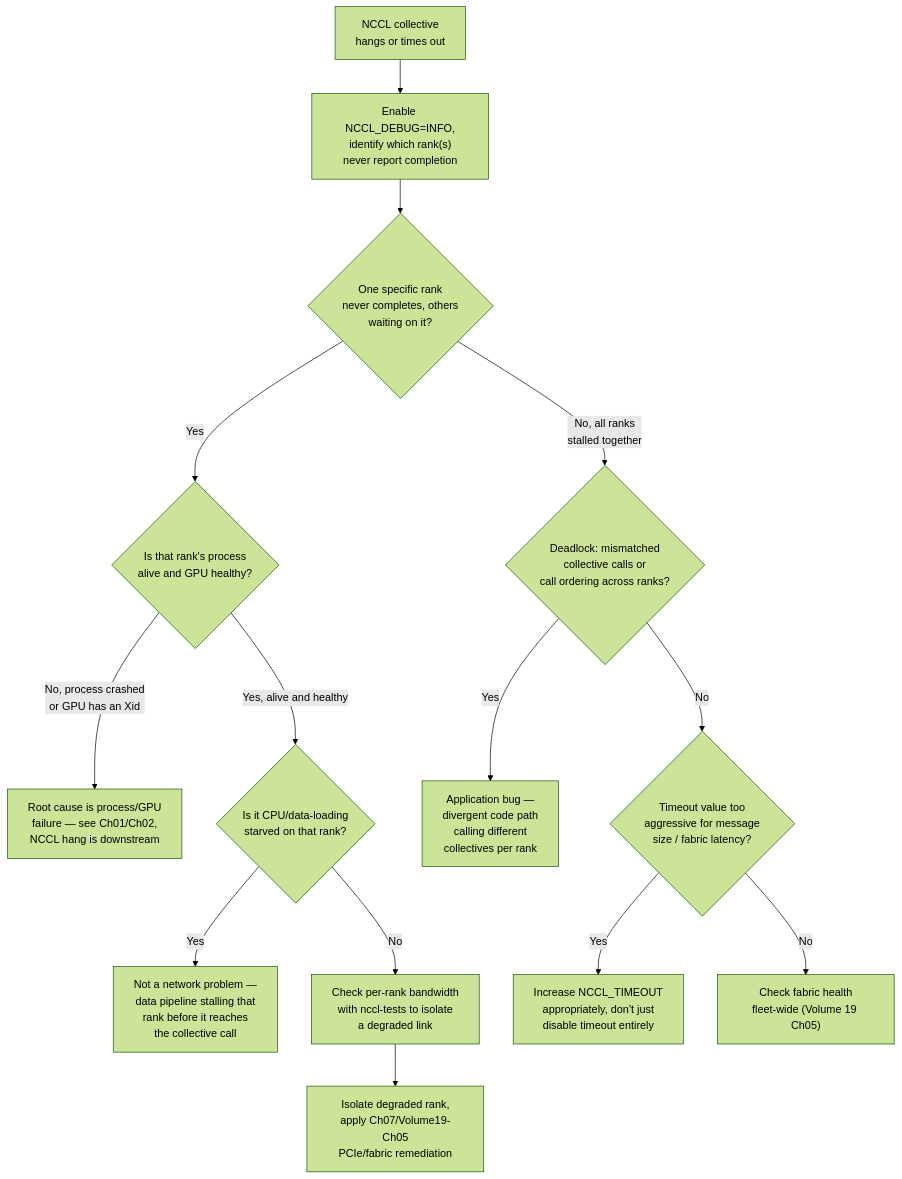
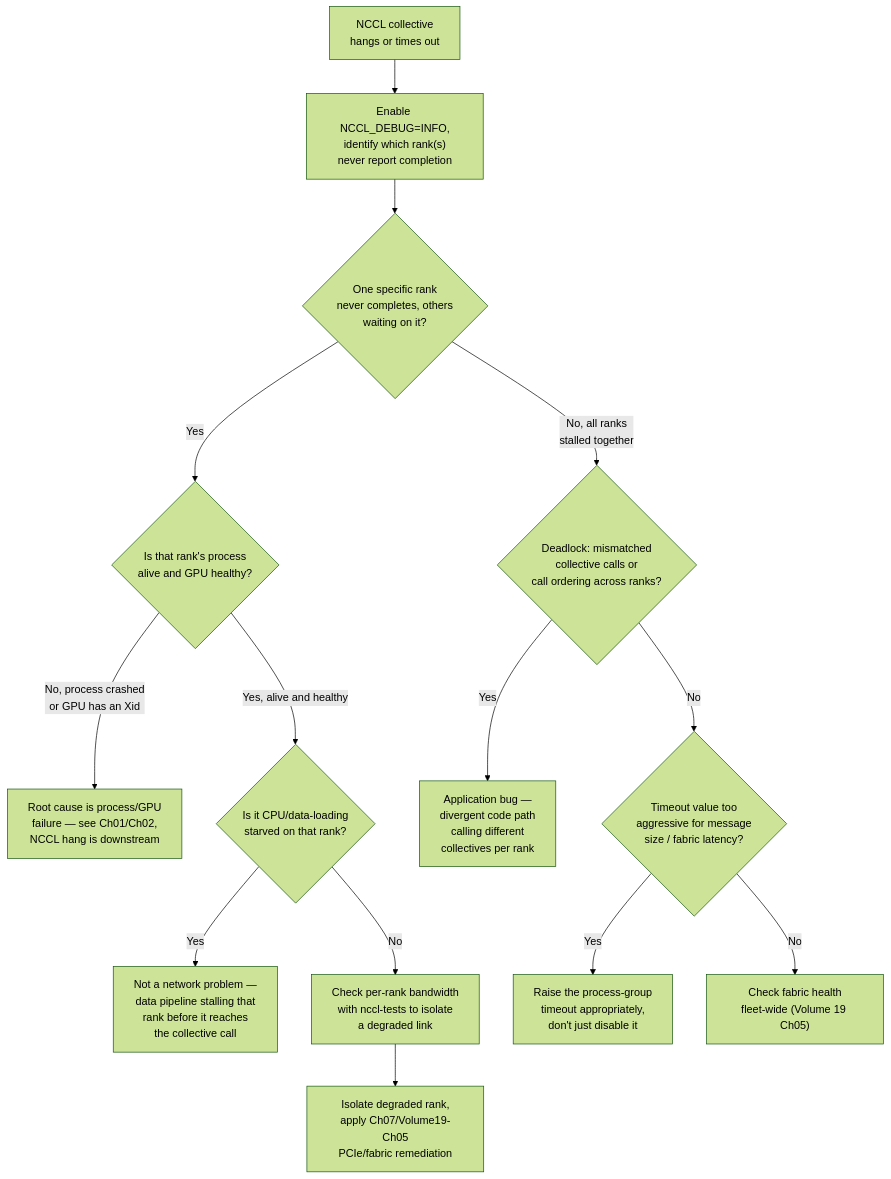
One commit to jithinpnjm/nvidia-devops changed the first of 2 diagrams in docs/nvidia-zero-to-hero/volume-20/chapter-03-nccl-timeout-and-collective-communication-failures.md. Above: the diagram before and after it, drawn with Mermaid (forest theme). The commit also changed other lines of this file and 46 other files, not shown here.

````diff
--- a/docs/nvidia-zero-to-hero/volume-20/chapter-03-nccl-timeout-and-collective-communication-failures.md
+++ b/docs/nvidia-zero-to-hero/volume-20/chapter-03-nccl-timeout-and-collective-communication-failures.md
@@ -48,16 +48,16 @@
 ```mermaid
 flowchart TD
     A["NCCL collective<br/>hangs or times out"] --> B["Enable NCCL_DEBUG=INFO,<br/>identify which rank(s)<br/>never report completion"]
     B --> C{"One specific rank<br/>never completes, others<br/>waiting on it?"}
     C -->|Yes| D{"Is that rank's process<br/>alive and GPU healthy?"}
     D -->|No, process crashed<br/>or GPU has an Xid| E["Root cause is process/GPU<br/>failure — see Ch01/Ch02,<br/>NCCL hang is downstream"]
     D -->|Yes, alive and healthy| F{"Is it CPU/data-loading<br/>starved on that rank?"}
     F -->|Yes| G["Not a network problem —<br/>data pipeline stalling that<br/>rank before it reaches<br/>the collective call"]
     F -->|No| H["Check per-rank bandwidth<br/>with nccl-tests to isolate<br/>a degraded link"]
     C -->|No, all ranks<br/>stalled together| I{"Deadlock: mismatched<br/>collective calls or<br/>call ordering across ranks?"}
     I -->|Yes| J["Application bug —<br/>divergent code path<br/>calling different<br/>collectives per rank"]
     I -->|No| K{"Timeout value too<br/>aggressive for message<br/>size / fabric latency?"}
-    K -->|Yes| L["Increase NCCL_TIMEOUT<br/>appropriately, don't just<br/>disable timeout entirely"]
+    K -->|Yes| L["Raise the process-group<br/>timeout appropriately,<br/>don't just disable it"]
     K -->|No| M["Check fabric health<br/>fleet-wide (Volume 19 Ch05)"]
     H --> N["Isolate degraded rank,<br/>apply Ch07/Volume19-Ch05<br/>PCIe/fabric remediation"]
 ```
````
